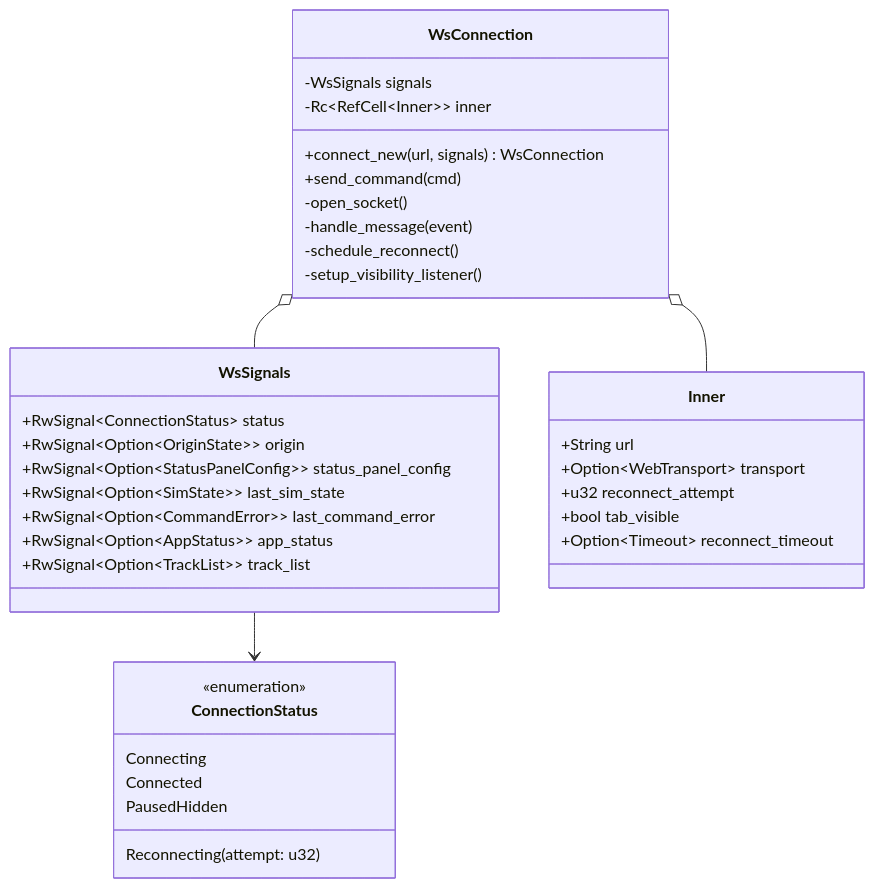
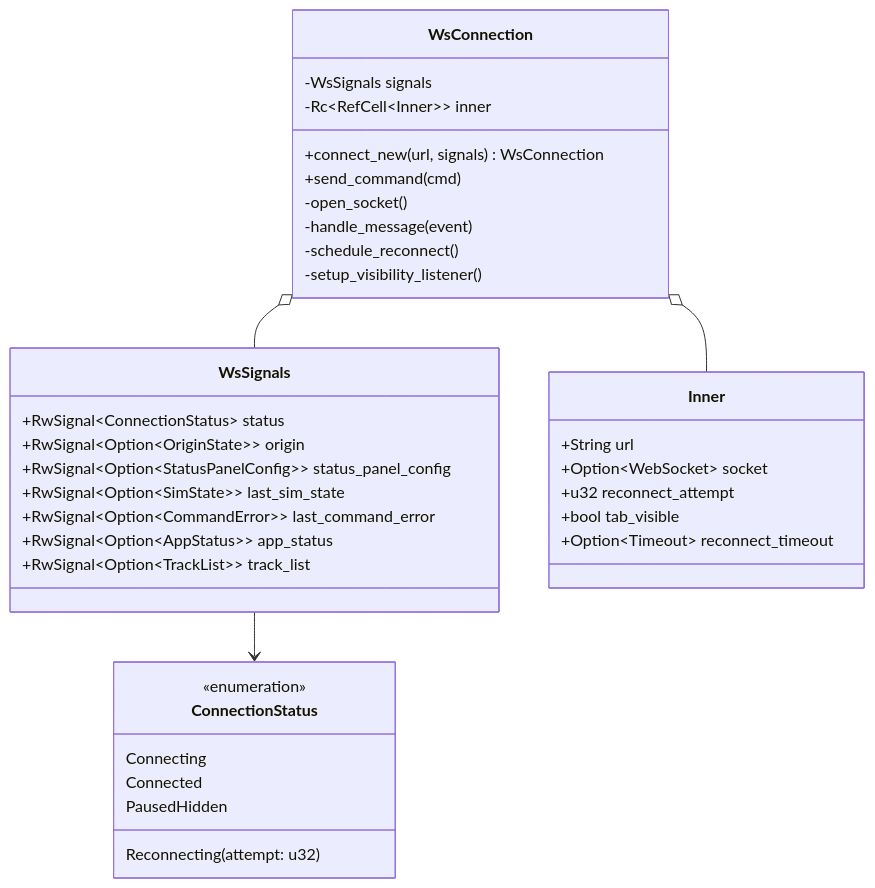
The ninth of 11 diagrams in sample/docs/DETAILED_DESIGN.md (ham1a6/SimulationView), drawn with Mermaid before and after one commit. The commit also changed other lines of this file and 27 other files, not shown here.

````diff
--- a/sample/docs/DETAILED_DESIGN.md
+++ b/sample/docs/DETAILED_DESIGN.md
@@ -506,40 +504,40 @@
 ```mermaid
 classDiagram
     class WsSignals {
         +RwSignal~ConnectionStatus~ status
         +RwSignal~Option~OriginState~~ origin
         +RwSignal~Option~StatusPanelConfig~~ status_panel_config
         +RwSignal~Option~SimState~~ last_sim_state
         +RwSignal~Option~CommandError~~ last_command_error
         +RwSignal~Option~AppStatus~~ app_status
         +RwSignal~Option~TrackList~~ track_list
     }
     class WsConnection {
         -WsSignals signals
         -Rc~RefCell~Inner~~ inner
         +connect_new(url, signals) WsConnection
         +send_command(cmd)
         -open_socket()
         -handle_message(event)
         -schedule_reconnect()
         -setup_visibility_listener()
     }
     class Inner {
         +String url
-        +Option~WebTransport~ transport
+        +Option~WebSocket~ socket
         +u32 reconnect_attempt
         +bool tab_visible
         +Option~Timeout~ reconnect_timeout
     }
     class ConnectionStatus {
         <<enumeration>>
         Connecting
         Connected
         Reconnecting(attempt: u32)
         PausedHidden
     }
 
     WsConnection o-- WsSignals
     WsConnection o-- Inner
     WsSignals --> ConnectionStatus
 ```
````
